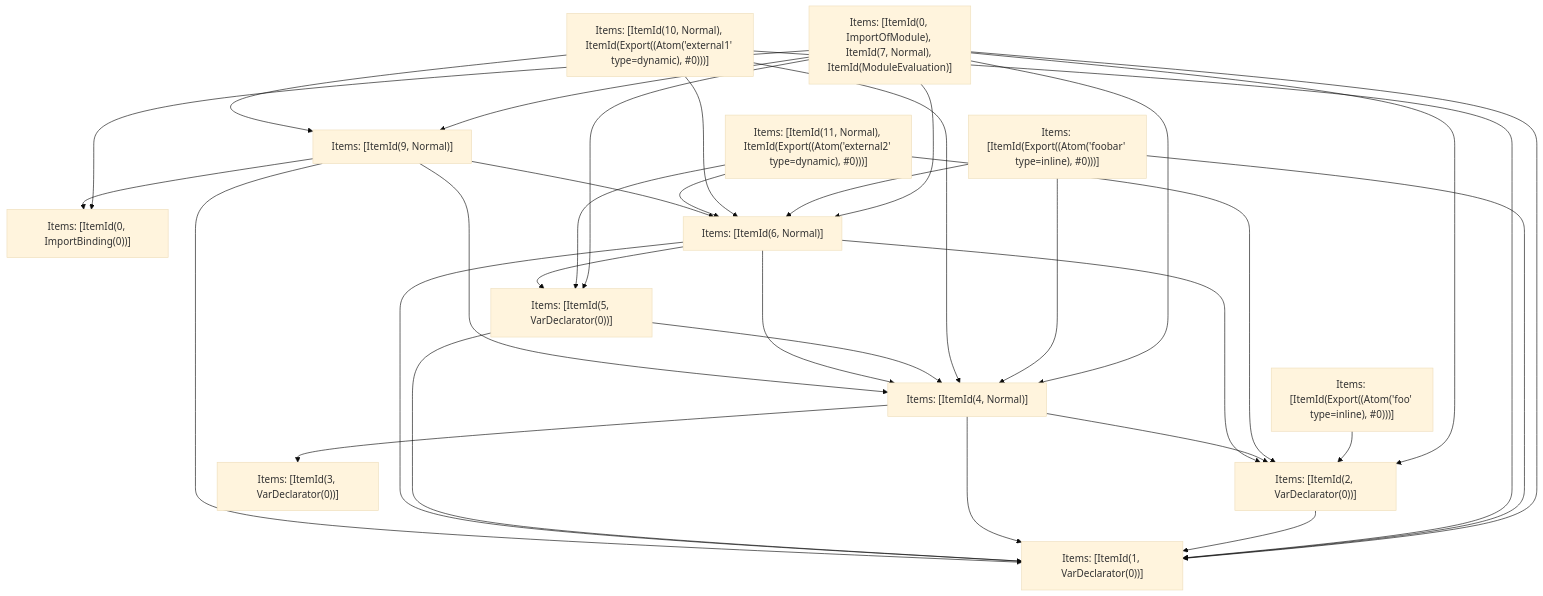
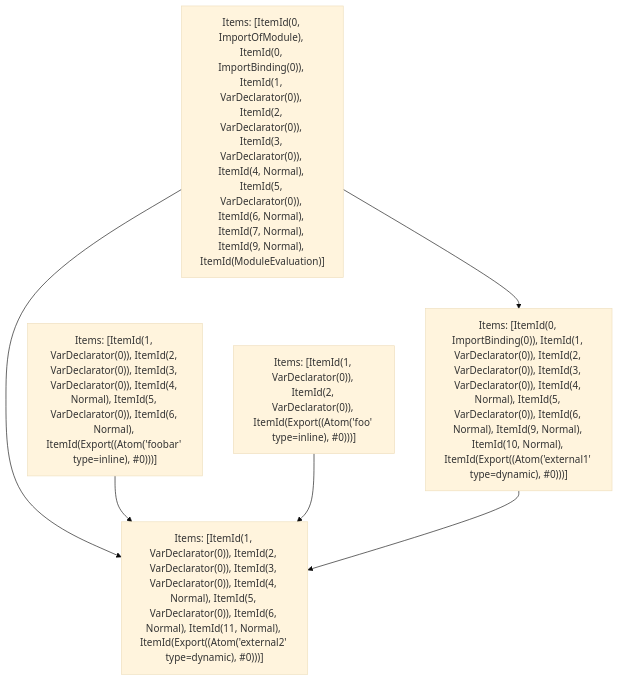
Before and after one commit to vercel/turborepo: the fifth of 5 diagrams in crates/turbopack-ecmascript/tests/tree-shaker/analyzer/1/output.md, drawn with Mermaid (base theme). The commit also changed other lines of this file and 3 other files, not shown here.

````diff
--- a/crates/turbopack-ecmascript/tests/tree-shaker/analyzer/1/output.md
+++ b/crates/turbopack-ecmascript/tests/tree-shaker/analyzer/1/output.md
@@ -341,48 +341,13 @@
 ```mermaid
 graph TD
-    N0["Items: [ItemId(0, ImportOfModule), ItemId(7, Normal), ItemId(ModuleEvaluation)]"];
-    N1["Items: [ItemId(Export((Atom('foobar' type=inline), #0)))]"];
-    N2["Items: [ItemId(Export((Atom('foo' type=inline), #0)))]"];
-    N3["Items: [ItemId(10, Normal), ItemId(Export((Atom('external1' type=dynamic), #0)))]"];
-    N4["Items: [ItemId(11, Normal), ItemId(Export((Atom('external2' type=dynamic), #0)))]"];
-    N5["Items: [ItemId(0, ImportBinding(0))]"];
-    N6["Items: [ItemId(1, VarDeclarator(0))]"];
-    N7["Items: [ItemId(2, VarDeclarator(0))]"];
-    N8["Items: [ItemId(3, VarDeclarator(0))]"];
-    N9["Items: [ItemId(4, Normal)]"];
-    N10["Items: [ItemId(5, VarDeclarator(0))]"];
-    N11["Items: [ItemId(6, Normal)]"];
-    N12["Items: [ItemId(9, Normal)]"];
-    N0 --> N10;
-    N0 --> N5;
-    N0 --> N6;
-    N0 --> N9;
-    N0 --> N11;
-    N0 --> N7;
-    N0 --> N12;
-    N1 --> N6;
-    N1 --> N9;
-    N1 --> N11;
-    N2 --> N7;
-    N3 --> N12;
-    N3 --> N6;
-    N3 --> N9;
-    N3 --> N11;
-    N4 --> N7;
-    N4 --> N10;
-    N4 --> N11;
-    N7 --> N6;
-    N9 --> N8;
-    N9 --> N6;
-    N9 --> N7;
-    N10 --> N6;
-    N10 --> N9;
-    N11 --> N6;
-    N11 --> N9;
-    N11 --> N7;
-    N11 --> N10;
-    N12 --> N5;
-    N12 --> N6;
-    N12 --> N9;
-    N12 --> N11;
+    N0["Items: [ItemId(0, ImportOfModule), ItemId(0, ImportBinding(0)), ItemId(1, VarDeclarator(0)), ItemId(2, VarDeclarator(0)), ItemId(3, VarDeclarator(0)), ItemId(4, Normal), ItemId(5, VarDeclarator(0)), ItemId(6, Normal), ItemId(7, Normal), ItemId(9, Normal), ItemId(ModuleEvaluation)]"];
+    N1["Items: [ItemId(1, VarDeclarator(0)), ItemId(2, VarDeclarator(0)), ItemId(3, VarDeclarator(0)), ItemId(4, Normal), ItemId(5, VarDeclarator(0)), ItemId(6, Normal), ItemId(Export((Atom('foobar' type=inline), #0)))]"];
+    N2["Items: [ItemId(1, VarDeclarator(0)), ItemId(2, VarDeclarator(0)), ItemId(Export((Atom('foo' type=inline), #0)))]"];
+    N3["Items: [ItemId(0, ImportBinding(0)), ItemId(1, VarDeclarator(0)), ItemId(2, VarDeclarator(0)), ItemId(3, VarDeclarator(0)), ItemId(4, Normal), ItemId(5, VarDeclarator(0)), ItemId(6, Normal), ItemId(9, Normal), ItemId(10, Normal), ItemId(Export((Atom('external1' type=dynamic), #0)))]"];
+    N4["Items: [ItemId(1, VarDeclarator(0)), ItemId(2, VarDeclarator(0)), ItemId(3, VarDeclarator(0)), ItemId(4, Normal), ItemId(5, VarDeclarator(0)), ItemId(6, Normal), ItemId(11, Normal), ItemId(Export((Atom('external2' type=dynamic), #0)))]"];
+    N0 --> N4;
+    N0 --> N3;
+    N1 --> N4;
+    N2 --> N4;
+    N3 --> N4;
 ```
````
